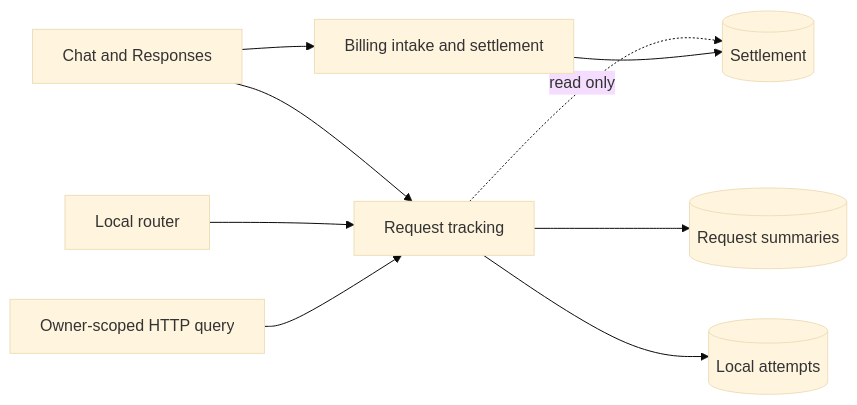
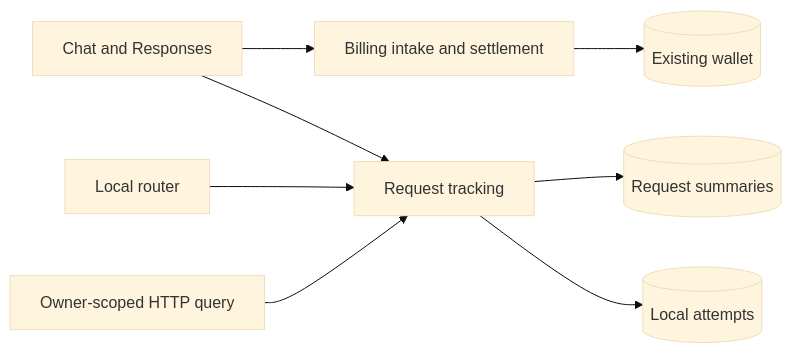
Before and after one commit to moeru-ai/airi: the first of 2 diagrams in server/docs/ai/adr/2026-09-27-llm-request-tracking.md, drawn with Mermaid (base theme). The commit also changed other lines of this file and 32 other files, not shown here.

Commit message:
refactor(api): make request tracking independent of settlement

````diff
--- a/server/docs/ai/adr/2026-09-27-llm-request-tracking.md
+++ b/server/docs/ai/adr/2026-09-27-llm-request-tracking.md
@@ -27,11 +27,10 @@
 ```mermaid
 flowchart LR
   API[Chat and Responses] --> Billing[Billing intake and settlement]
   API --> Tracking[Request tracking]
   Router[Local router] --> Tracking
   Tracking --> Requests[(Request summaries)]
   Tracking --> Attempts[(Local attempts)]
-  Tracking -. read only .-> Settlement[(Settlement)]
-  Billing --> Settlement
+  Billing --> Wallet[(Existing wallet)]
   Query[Owner-scoped HTTP query] --> Tracking
 ```
````
